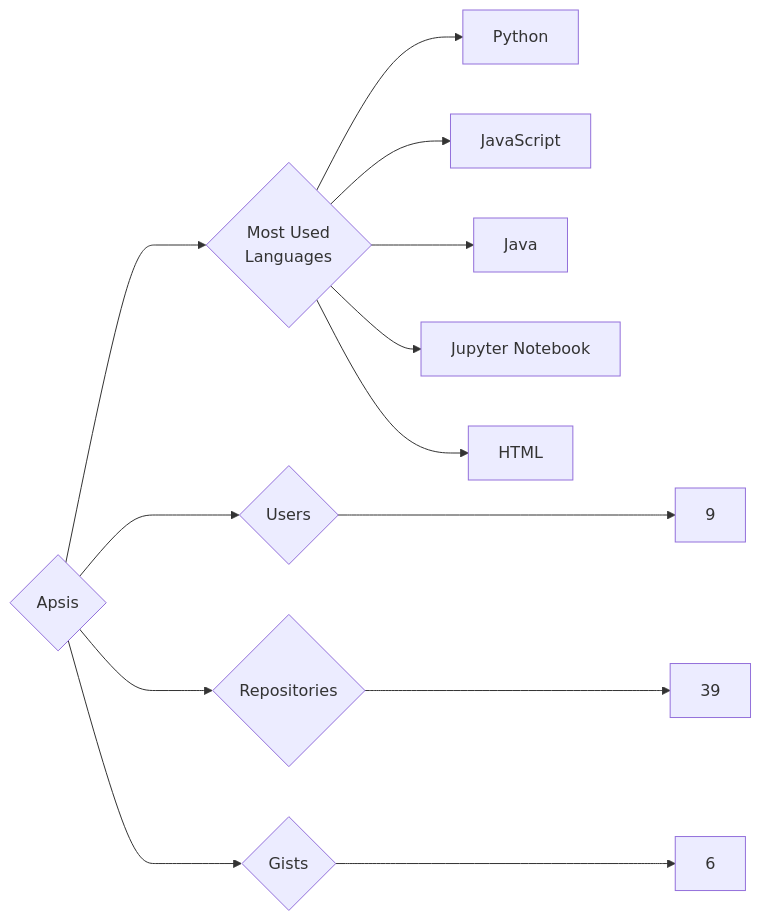
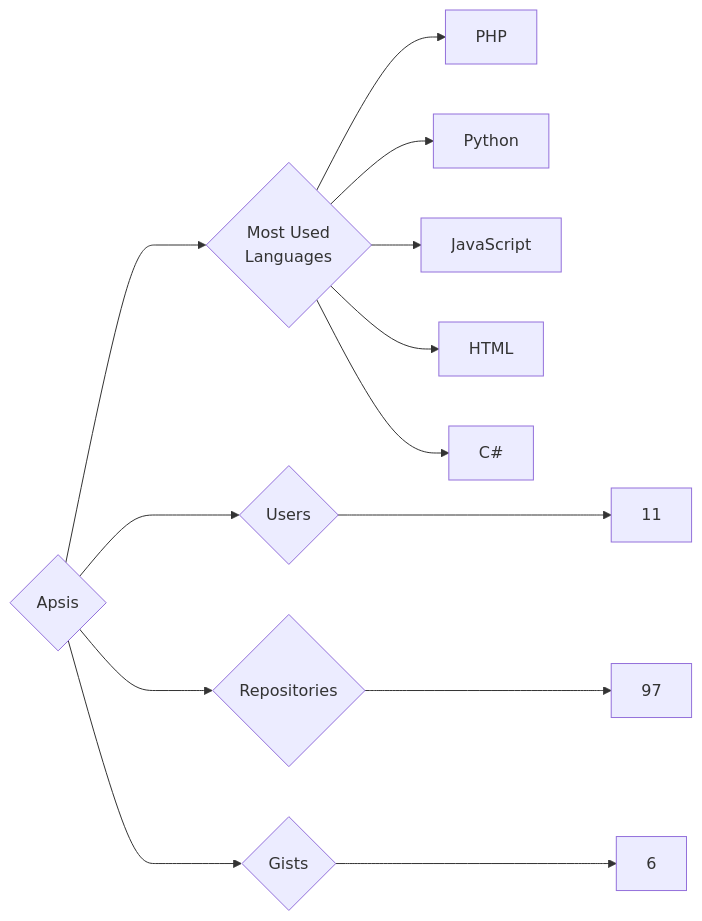
The diagram in targets/Apsis/README.md (trickest/insiders), drawn with Mermaid before and after one commit. The commit also changed 1084 other files, not shown here.

````diff
--- a/targets/Apsis/README.md
+++ b/targets/Apsis/README.md
@@ -3,13 +3,13 @@
 ```mermaid
 graph LR
 COMPANY_NAME{Apsis}
-COMPANY_NAME ---> U{Users} ---> UN[9]
-COMPANY_NAME ---> R{Repositories} ---> RN[39]
+COMPANY_NAME ---> U{Users} ---> UN[11]
+COMPANY_NAME ---> R{Repositories} ---> RN[97]
 COMPANY_NAME ---> G{Gists} ---> GN[6]
 COMPANY_NAME ---> ML{Most Used<br>Languages}
+ML --> PHP[PHP]
 ML --> Python[Python]
 ML --> JavaScript[JavaScript]
-ML --> Java[Java]
-ML --> Jupyter_Notebook[Jupyter Notebook]
 ML --> HTML[HTML]
+ML --> C#[C#]
 ```
````
